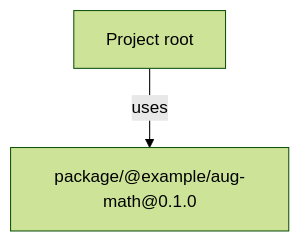
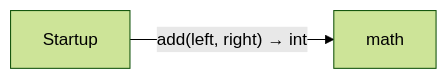
One commit to GreenPandaStudios/augscript changed the diagram in docs/examples/packages-app/diagrams/index.md. Above: the diagram before and after it, drawn with Mermaid (forest theme). The commit also changed other lines of this file and 524 other files, not shown here.

Commit message:
Explain checked data flow at folder and service levels

````diff
--- a/docs/examples/packages-app/diagrams/index.md
+++ b/docs/examples/packages-app/diagrams/index.md
@@ -21,6 +23,6 @@
 ```mermaid
-flowchart TD
-    n0["Project root"]
-    n1["package/@example/aug-math@0.1.0"]
-    n0 -->|"uses"| n1
+flowchart LR
+    n0["Startup"]
+    n1["math"]
+    n0 -->|"add(left, right) → int"| n1
 ```
````
